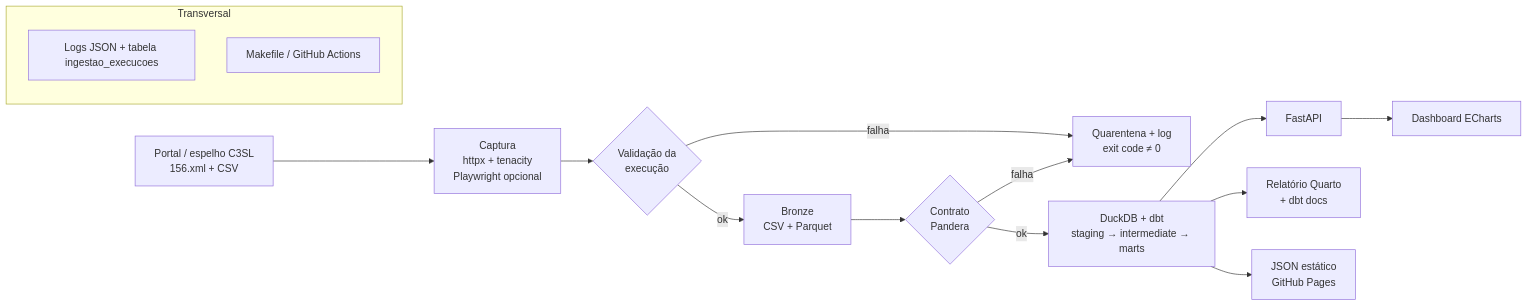
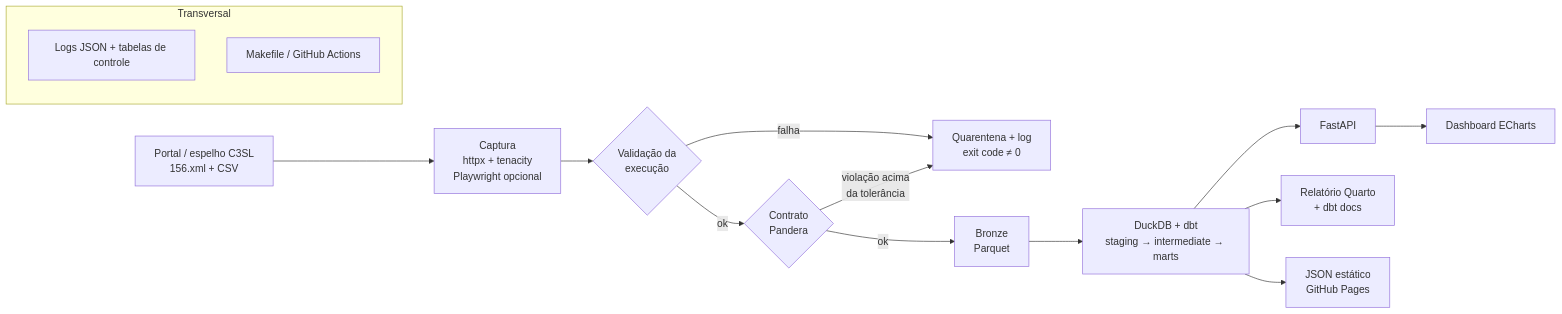
Before and after one commit to MelsarDalRiFilho/CwbDataSIAC: the diagram in docs/data_siac_plano.md, drawn with Mermaid. The commit also changed other lines of this file and 13 other files, not shown here.

First line of the commit message:
feat: contrato de entrada com Pandera antes da camada Bronze (fase 4)

````diff
--- a/docs/data_siac_plano.md
+++ b/docs/data_siac_plano.md
@@ -51,19 +51,19 @@
 ```mermaid
 flowchart LR
     A[Portal / espelho C3SL<br/>156.xml + CSV] --> B[Captura<br/>httpx + tenacity<br/>Playwright opcional]
     B --> C{Validação da<br/>execução}
     C -- falha --> Q[Quarentena + log<br/>exit code ≠ 0]
-    C -- ok --> D[Bronze<br/>CSV + Parquet]
-    D --> E{Contrato<br/>Pandera}
-    E -- falha --> Q
-    E -- ok --> F[DuckDB + dbt<br/>staging → intermediate → marts]
+    C -- ok --> E{Contrato<br/>Pandera}
+    E -- violação acima<br/>da tolerância --> Q
+    E -- ok --> D[Bronze<br/>Parquet]
+    D --> F[DuckDB + dbt<br/>staging → intermediate → marts]
     F --> G[FastAPI]
     G --> H[Dashboard ECharts]
     F --> I[Relatório Quarto<br/>+ dbt docs]
     F --> J[JSON estático<br/>GitHub Pages]
 
     subgraph Transversal
-        L[Logs JSON + tabela ingestao_execucoes]
+        L[Logs JSON + tabelas de controle]
         O[Makefile / GitHub Actions]
     end
 ```
````
